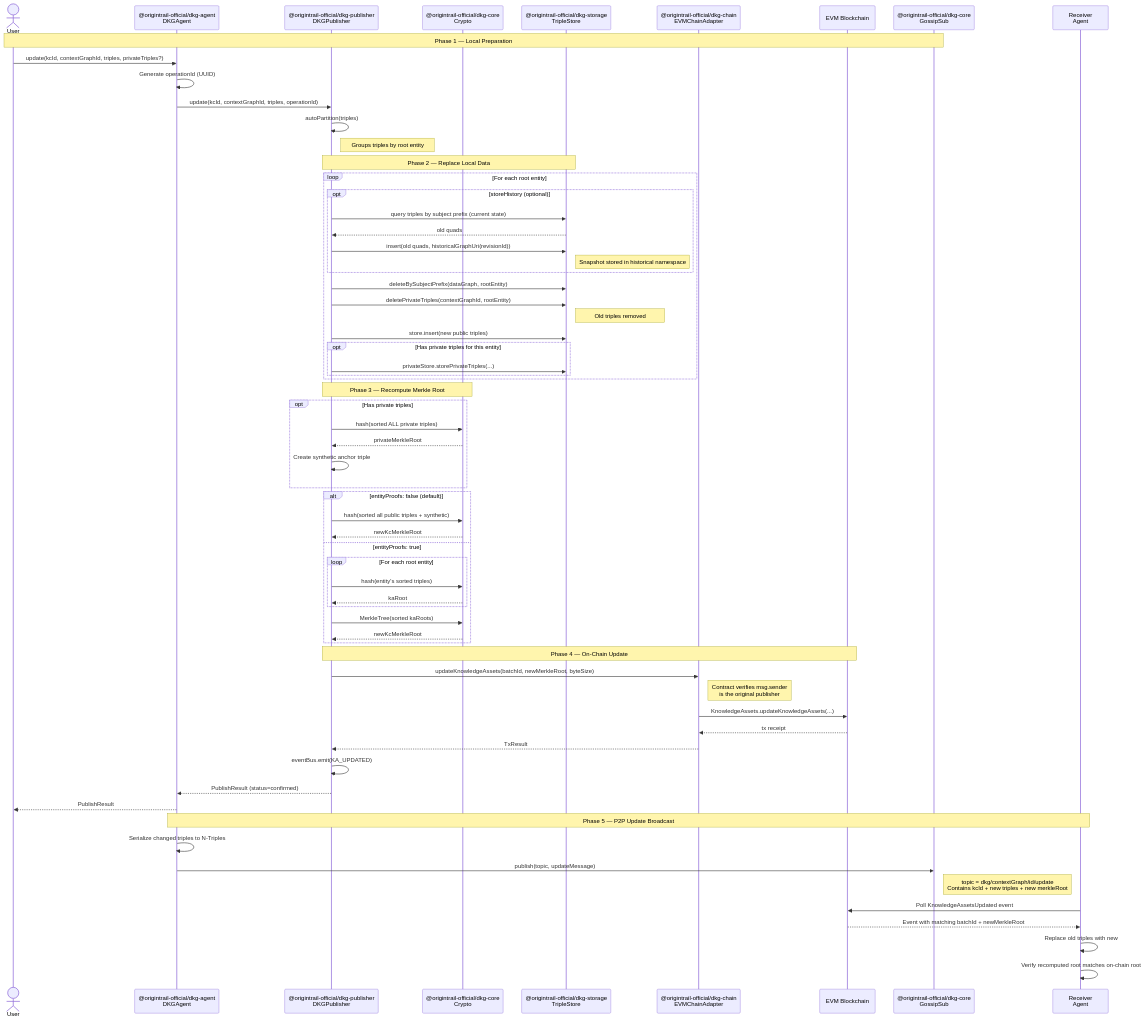
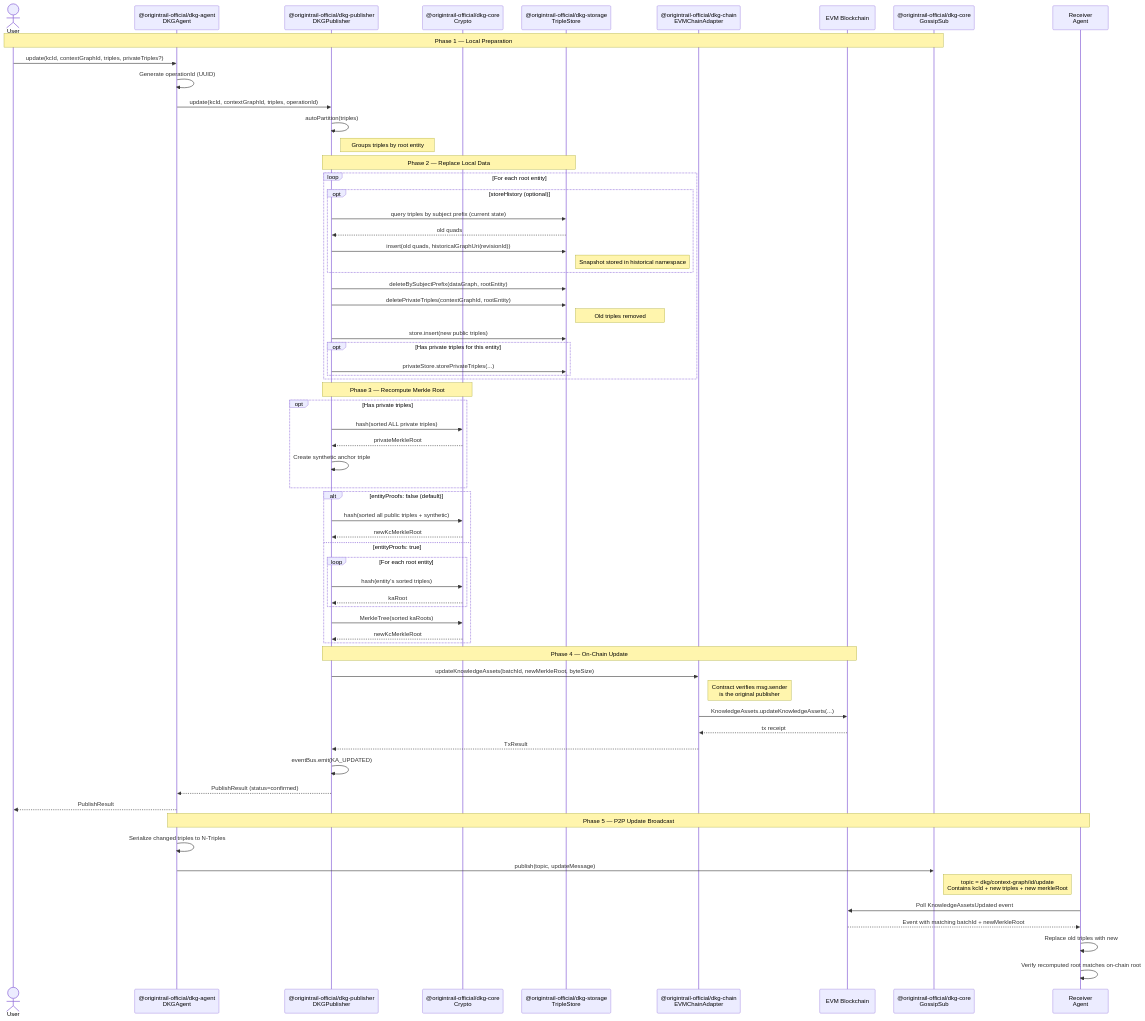
Before and after one commit to KilianTrunk/dkg: the diagram in docs/diagrams/update-flow.md, drawn with Mermaid. The commit also changed 44 other files, not shown here.

Commit message:
fix: align context graph protocol cleanup

```diff
--- a/docs/diagrams/update-flow.md
+++ b/docs/diagrams/update-flow.md
@@ -102,7 +102,7 @@
 
     Agent ->> Agent: Serialize changed triples to N-Triples
     Agent ->> Gossip: publish(topic, updateMessage)
-    Note right of Gossip: topic = dkg/contextGraph/id/update<br/>Contains kcId + new triples + new merkleRoot
+    Note right of Gossip: topic = dkg/context-graph/id/update<br/>Contains kcId + new triples + new merkleRoot
 
     RcvAgent ->> EVM: Poll KnowledgeAssetsUpdated event
     EVM -->> RcvAgent: Event with matching batchId + newMerkleRoot
```
